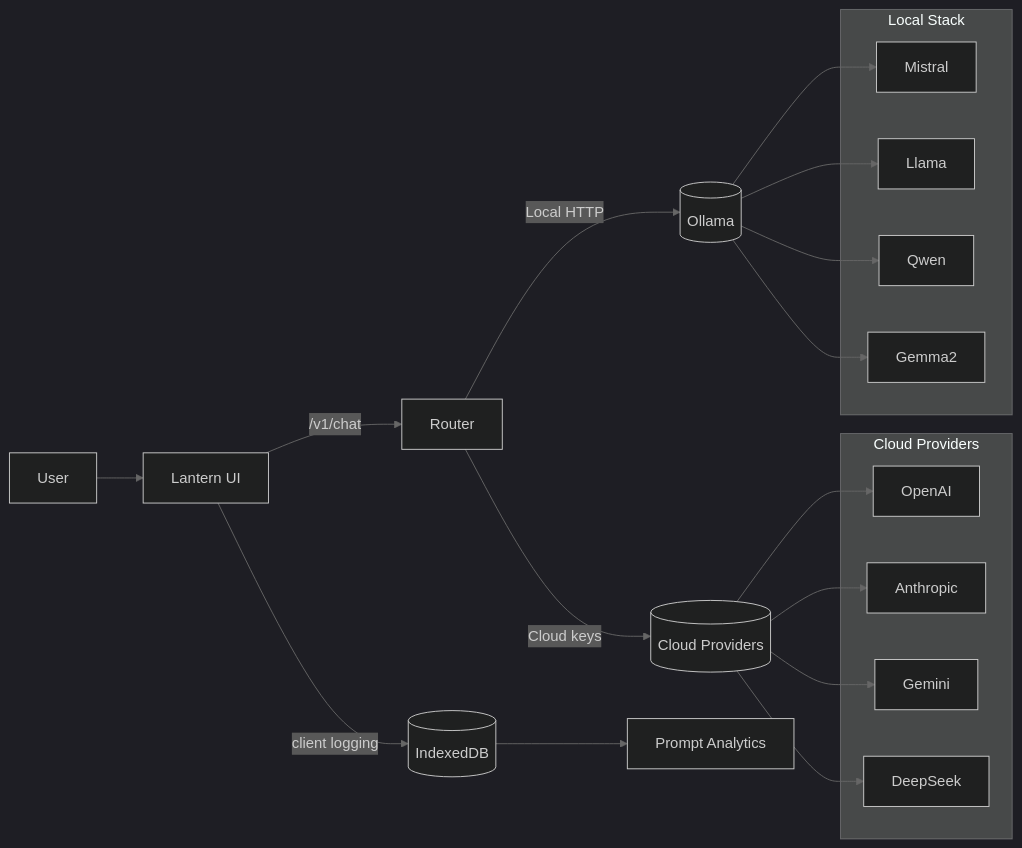
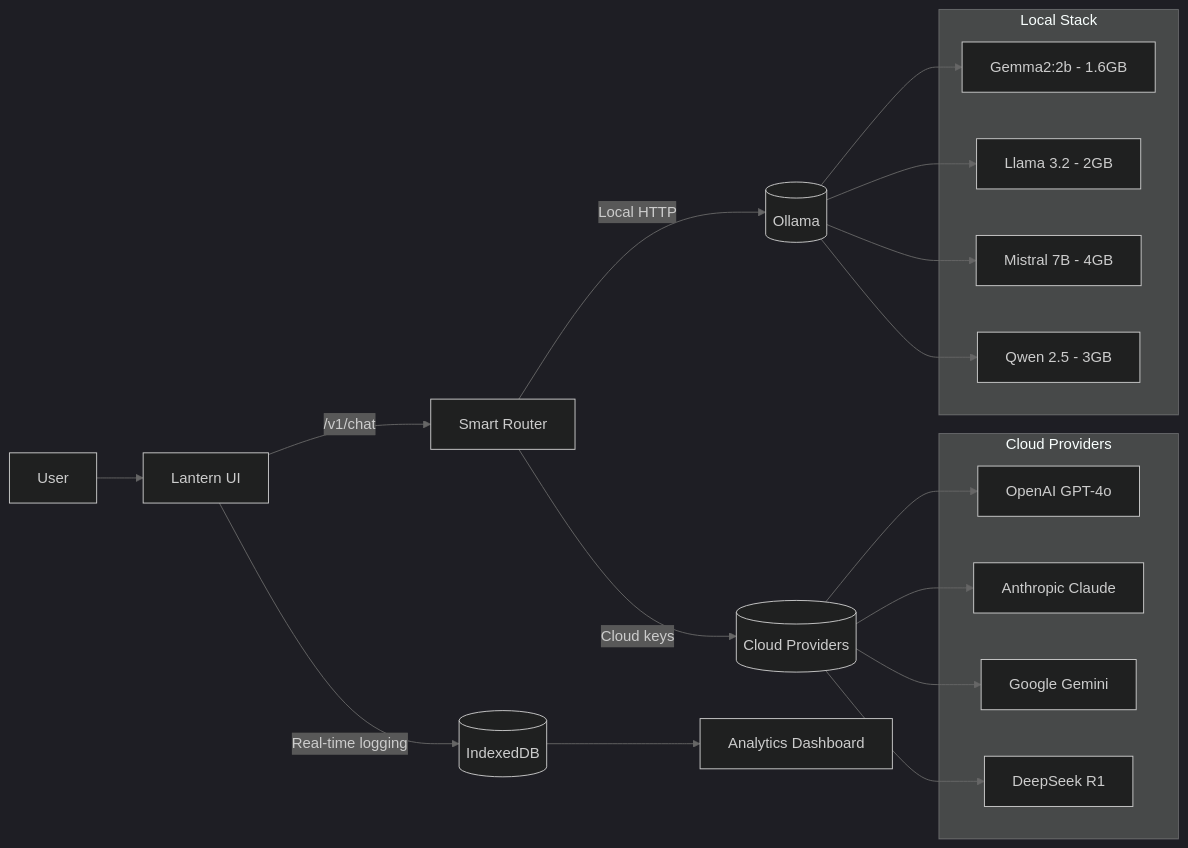
Before and after one commit to sanketmuchhala/Project-Green-Lantern: the first of 2 diagrams in README.md, drawn with Mermaid. The commit also changed other lines of this file, not shown here.

First line of the commit message:
docs: comprehensive README rewrite with detailed analytics focus

````diff
--- a/README.md
+++ b/README.md
@@ -56,34 +141,34 @@
 ```mermaid
 %%{init: {'theme':'dark', 'themeVariables': { 'primaryColor': '#0b0b0b', 'primaryTextColor': '#e5e5e5', 'lineColor': '#666' }}}%%
 flowchart LR
   A[User] --> B[Lantern UI]
-  B -->|/v1/chat| C[Router]
+  B -->|/v1/chat| C[Smart Router]
   C -->|Cloud keys| D[(Cloud Providers)]
   C -->|Local HTTP| E[(Ollama)]
-  B -->|client logging| F[(IndexedDB)]
-  F --> G[Prompt Analytics]
+  B -->|Real-time logging| F[(IndexedDB)]
+  F --> G[Analytics Dashboard]
   
   subgraph Cloud Providers
-    D1[OpenAI]
-    D2[Anthropic]
-    D3[Gemini]
-    D4[DeepSeek]
+    D1[OpenAI GPT-4o]
+    D2[Anthropic Claude]
+    D3[Google Gemini]
+    D4[DeepSeek R1]
   end
   
   subgraph Local Stack
-    E1[Mistral]
-    E2[Llama]
-    E3[Qwen]
-    E4[Gemma2]
+    E1[Gemma2:2b - 1.6GB]
+    E2[Llama 3.2 - 2GB]
+    E3[Mistral 7B - 4GB]
+    E4[Qwen 2.5 - 3GB]
   end
   
   D --> D1
   D --> D2
   D --> D3
   D --> D4
   
   E --> E1
   E --> E2
   E --> E3
   E --> E4
 ```
````
